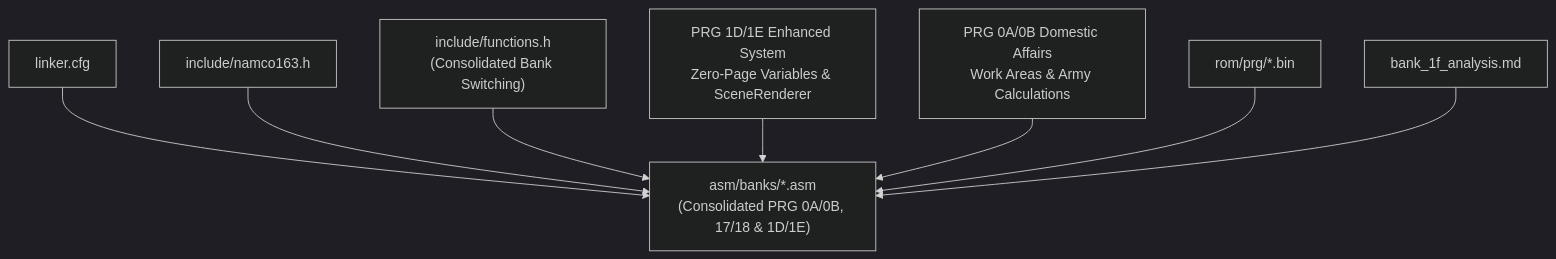
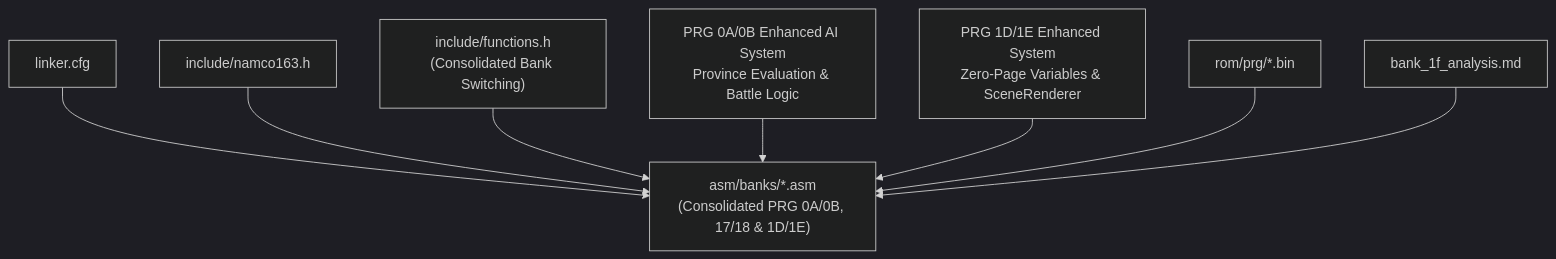
Before and after one commit to rabbyzero/sango2dasm: the third of 3 diagrams in .qoder/repowiki/en/content/Assembly Architecture/Bank Organization and Memory Layout.md, drawn with Mermaid (dark theme). The commit also changed other lines of this file and 5 other files, not shown here.

````diff
--- a/.qoder/repowiki/en/content/Assembly Architecture/Bank Organization and Memory Layout.md
+++ b/.qoder/repowiki/en/content/Assembly Architecture/Bank Organization and Memory Layout.md
@@ -541,18 +541,18 @@
 ```mermaid
 graph TB
 LCFG["linker.cfg"]
 N163["include/namco163.h"]
 FUNCS["include/functions.h<br/>(Consolidated Bank Switching)"]
 STUBS["asm/banks/*.asm<br/>(Consolidated PRG 0A/0B, 17/18 & 1D/1E)"]
-ENHANCED["PRG 1D/1E Enhanced System<br/>Zero-Page Variables & SceneRenderer"]
-DOMESTIC["PRG 0A/0B Domestic Affairs<br/>Work Areas & Army Calculations"]
+ENHANCED_AI["PRG 0A/0B Enhanced AI System<br/>Province Evaluation & Battle Logic"]
+ENHANCED_DISPLAY["PRG 1D/1E Enhanced System<br/>Zero-Page Variables & SceneRenderer"]
 ROM["rom/prg/*.bin"]
 BOOT["bank_1f_analysis.md"]
 LCFG --> STUBS
 N163 --> STUBS
 FUNCS --> STUBS
-ENHANCED --> STUBS
-DOMESTIC --> STUBS
+ENHANCED_AI --> STUBS
+ENHANCED_DISPLAY --> STUBS
 ROM --> STUBS
 BOOT --> STUBS
 ```
````
